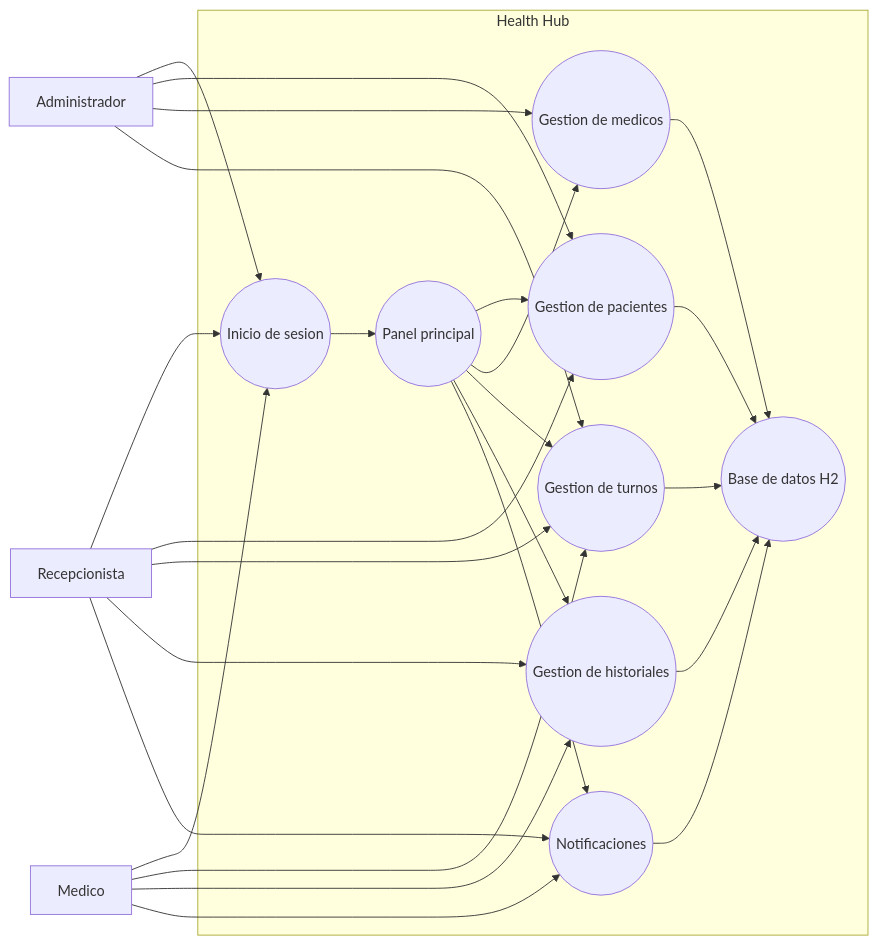
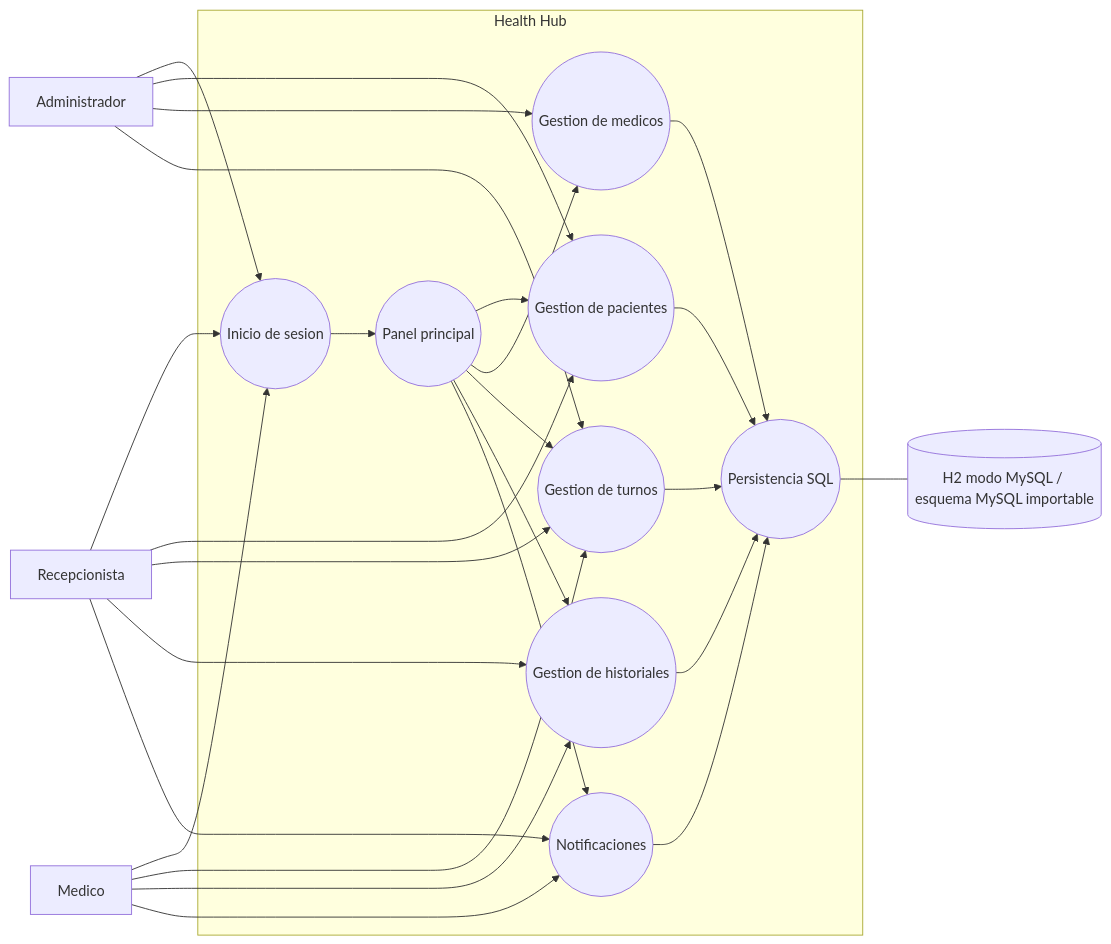
The diagram in diagrams/casos-de-uso.mmd (Camila-Ianni/HealthHub), drawn with Mermaid before and after one commit. The commit also changed 40 other files, not shown here.

```diff
--- a/diagrams/casos-de-uso.mmd
+++ b/diagrams/casos-de-uso.mmd
@@ -1,45 +1,47 @@
 flowchart LR
     R[Recepcionista]
     M[Medico]
     A[Administrador]
 
     subgraph Sistema[Health Hub]
         L((Inicio de sesion))
         D((Panel principal))
         P((Gestion de pacientes))
         MD((Gestion de medicos))
         T((Gestion de turnos))
         H((Gestion de historiales))
         N((Notificaciones))
-        G((Base de datos H2))
+        G((Persistencia SQL))
     end
 
     R --> L
     M --> L
     A --> L
 
     L --> D
     D --> P
     D --> MD
     D --> T
     D --> H
     D --> N
 
     R --> P
     R --> T
     R --> H
     R --> N
 
     A --> P
     A --> MD
     A --> T
 
     M --> T
     M --> H
     M --> N
 
     P --> G
     MD --> G
     T --> G
     H --> G
     N --> G
+
+    G --- DB[(H2 modo MySQL / esquema MySQL importable)]
```
